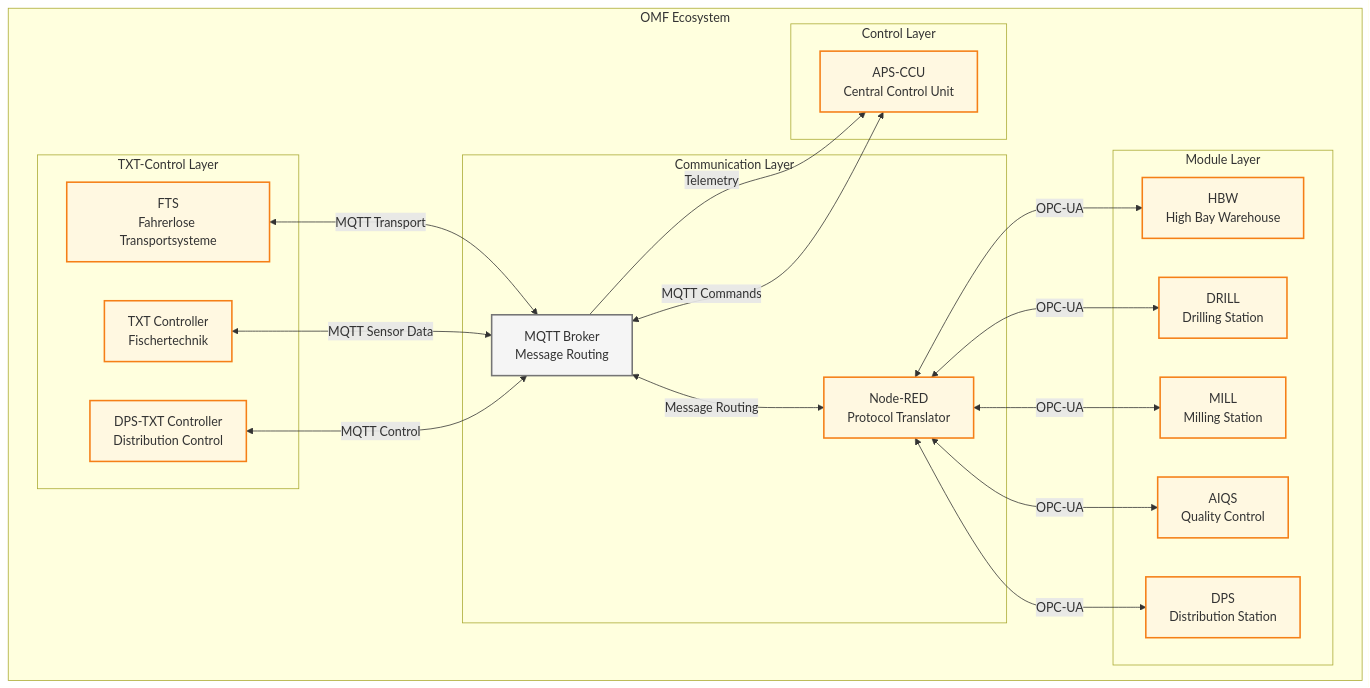
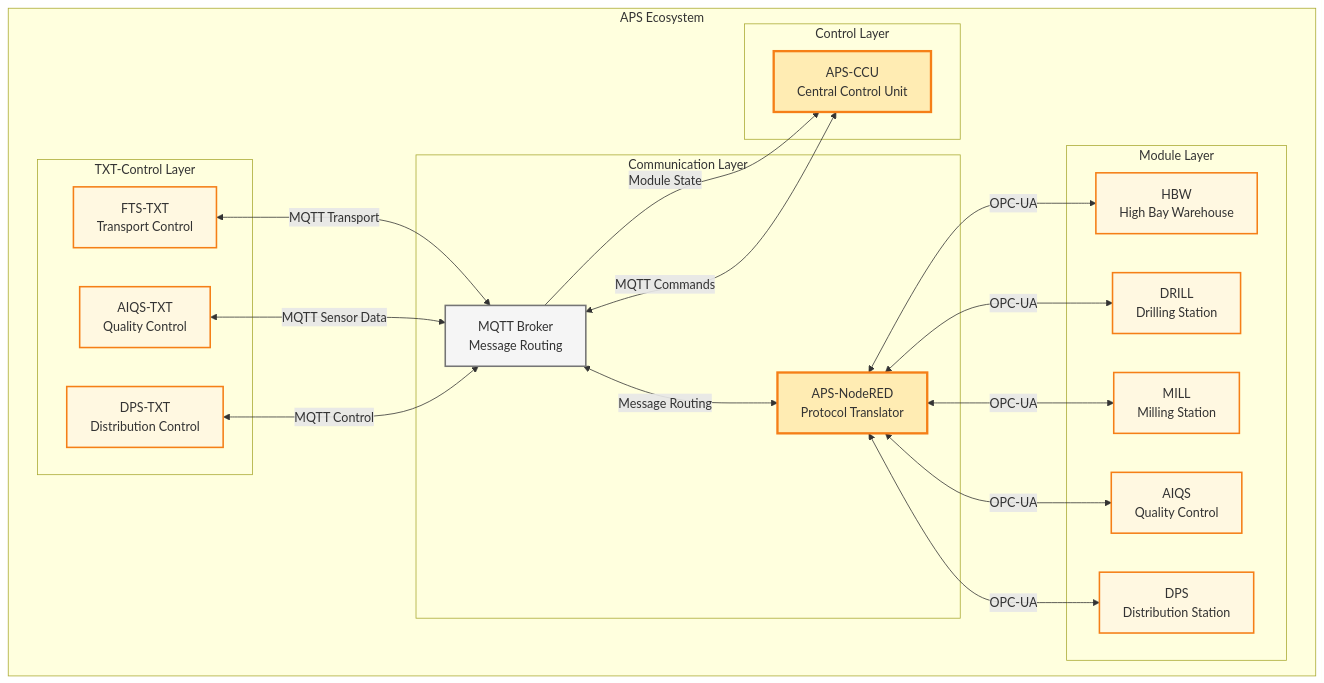
Before and after one commit to OliverBerger-ORBIS/ORBIS-Modellfabrik: the diagram in docs/02-architecture/system-context.md, drawn with Mermaid. The commit also changed other lines of this file and 31 other files, not shown here.

````diff
--- a/docs/02-architecture/system-context.md
+++ b/docs/02-architecture/system-context.md
@@ -47,49 +12,49 @@
 ```mermaid
 graph TB
-    subgraph "OMF Ecosystem"
+    subgraph "APS Ecosystem"
         subgraph "Control Layer"
             APS_CCU[APS-CCU<br/>Central Control Unit]
         end
         
         subgraph "Communication Layer"
             MQTT[MQTT Broker<br/>Message Routing]
-            NODERED[Node-RED<br/>Protocol Translator]
+            APS_NODERED[APS-NodeRED<br/>Protocol Translator]
         end
         
         subgraph "Module Layer"
             HBW[HBW<br/>High Bay Warehouse]
             DRILL[DRILL<br/>Drilling Station]
             MILL[MILL<br/>Milling Station]
             AIQS[AIQS<br/>Quality Control]
             DPS[DPS<br/>Distribution Station]
         end
         
         subgraph "TXT-Control Layer"
-            FTS[FTS<br/>Fahrerlose Transportsysteme]
-            TXT[TXT Controller<br/>Fischertechnik]
-            DPS_TXT[DPS-TXT Controller<br/>Distribution Control]
+            FTS_TXT[FTS-TXT<br/>Transport Control]
+            AIQS_TXT[AIQS-TXT<br/>Quality Control]
+            DPS_TXT[DPS-TXT<br/>Distribution Control]
         end
     end
     
     APS_CCU <-->|MQTT Commands| MQTT
     
-    MQTT <-->|Message Routing| NODERED
-    NODERED <-->|OPC-UA| HBW
-    NODERED <-->|OPC-UA| DRILL
-    NODERED <-->|OPC-UA| MILL
-    NODERED <-->|OPC-UA| AIQS
-    NODERED <-->|OPC-UA| DPS
+    MQTT <-->|Message Routing| APS_NODERED
+    APS_NODERED <-->|OPC-UA| HBW
+    APS_NODERED <-->|OPC-UA| DRILL
+    APS_NODERED <-->|OPC-UA| MILL
+    APS_NODERED <-->|OPC-UA| AIQS
+    APS_NODERED <-->|OPC-UA| DPS
     
-    FTS <-->|MQTT Transport| MQTT
-    TXT <-->|MQTT Sensor Data| MQTT
+    FTS_TXT <-->|MQTT Transport| MQTT
+    AIQS_TXT <-->|MQTT Sensor Data| MQTT
     DPS_TXT <-->|MQTT Control| MQTT
     
-    MQTT -->|Telemetry| APS_CCU
+    MQTT -->|Module State| APS_CCU
     
     classDef aps fill:#fff8e1,stroke:#f57f17,stroke-width:2px
+    classDef aps_highlight fill:#ffecb3,stroke:#f57f17,stroke-width:3px
     classDef external fill:#f5f5f5,stroke:#757575,stroke-width:2px
-    classDef modules fill:#fff8e1,stroke:#f57f17,stroke-width:2px
-    class APS_CCU aps
+    class APS_CCU,APS_NODERED aps_highlight
     class MQTT external
-    class NODERED,HBW,DRILL,MILL,AIQS,DPS,FTS,TXT,DPS_TXT modules
+    class HBW,DRILL,MILL,AIQS,DPS,FTS_TXT,AIQS_TXT,DPS_TXT aps
 ```
````
